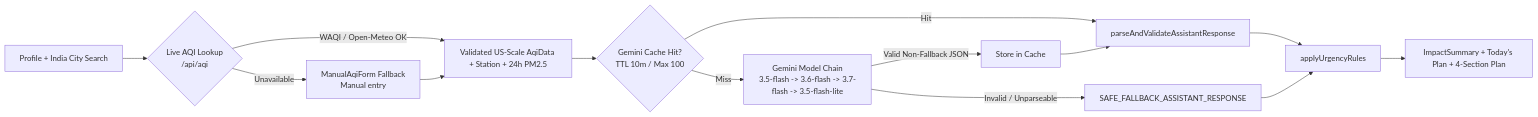
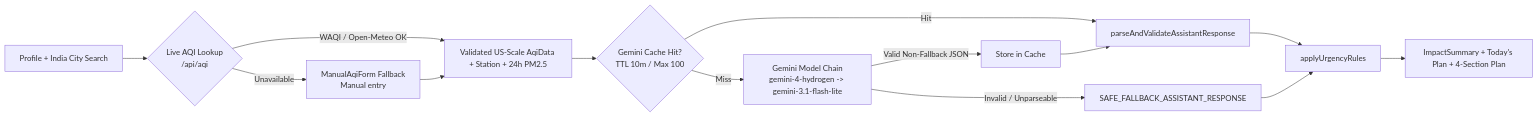
The diagram in README.md (Abhinay2244/urban-air-quality-assistant), drawn with Mermaid before and after one commit. The commit also changed other lines of this file and 206 other files, not shown here.

````diff
--- a/README.md
+++ b/README.md
@@ -16,16 +29,16 @@
 ```mermaid
 flowchart LR
   A[Profile + India City Search] --> B{Live AQI Lookup<br/>/api/aqi}
   B -->|WAQI / Open-Meteo OK| D[Validated US-Scale AqiData + Station + 24h PM2.5]
   B -->|Unavailable| C[ManualAqiForm Fallback<br/>Manual entry]
   C --> D
   D --> E{Gemini Cache Hit?<br/>TTL 10m / Max 100}
   E -->|Hit| G[parseAndValidateAssistantResponse]
-  E -->|Miss| F[Gemini Model Chain<br/>3.5-flash -> 3.6-flash -> 3.7-flash -> 3.5-flash-lite]
+  E -->|Miss| F[Gemini Model Chain<br/>gemini-4-hydrogen -> gemini-3.1-flash-lite]
   F -->|Valid Non-Fallback JSON| H[Store in Cache]
   H --> G
   F -->|Invalid / Unparseable| I[SAFE_FALLBACK_ASSISTANT_RESPONSE]
   G --> J[applyUrgencyRules]
   I --> J
   J --> K[ImpactSummary + Today's Plan + 4-Section Plan]
 ```
````
